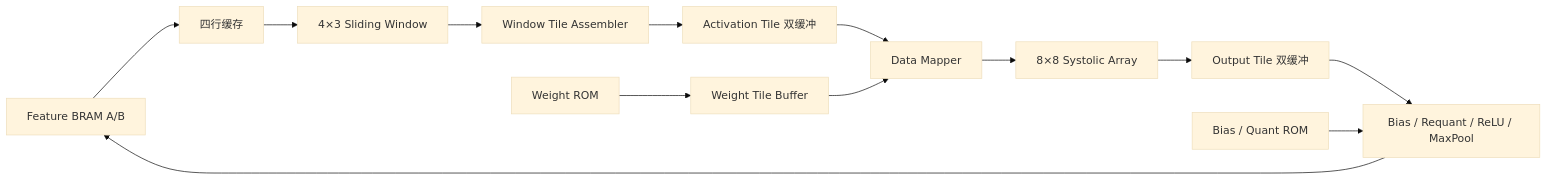
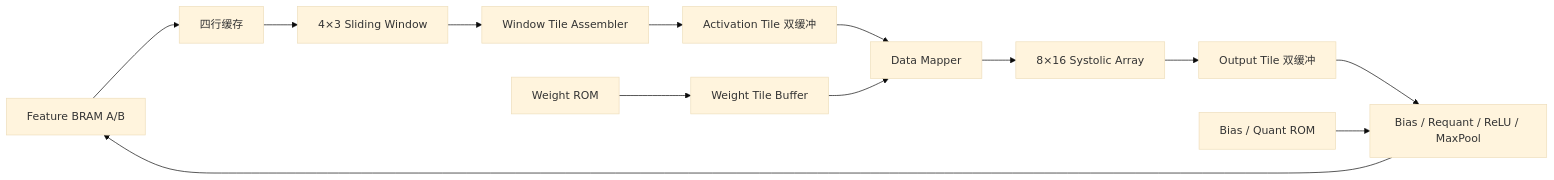
Before and after one commit to Soap7366/SystolicCNN: the diagram in docs/baseline_design.md, drawn with Mermaid (base theme). The commit also changed other lines of this file and 16 other files, not shown here.

````diff
--- a/docs/baseline_design.md
+++ b/docs/baseline_design.md
@@ -27,15 +27,15 @@
 ```mermaid
 flowchart LR
     F[Feature BRAM A/B] --> L[四行缓存]
     L --> W[4×3 Sliding Window]
     W --> T[Window Tile Assembler]
     T --> A[Activation Tile 双缓冲]
     R[Weight ROM] --> B[Weight Tile Buffer]
     A --> M[Data Mapper]
     B --> M
-    M --> S[8×8 Systolic Array]
+    M --> S[8×16 Systolic Array]
     S --> O[Output Tile 双缓冲]
     O --> P[Bias / Requant / ReLU / MaxPool]
     Q[Bias / Quant ROM] --> P
     P --> F
 ```
````
